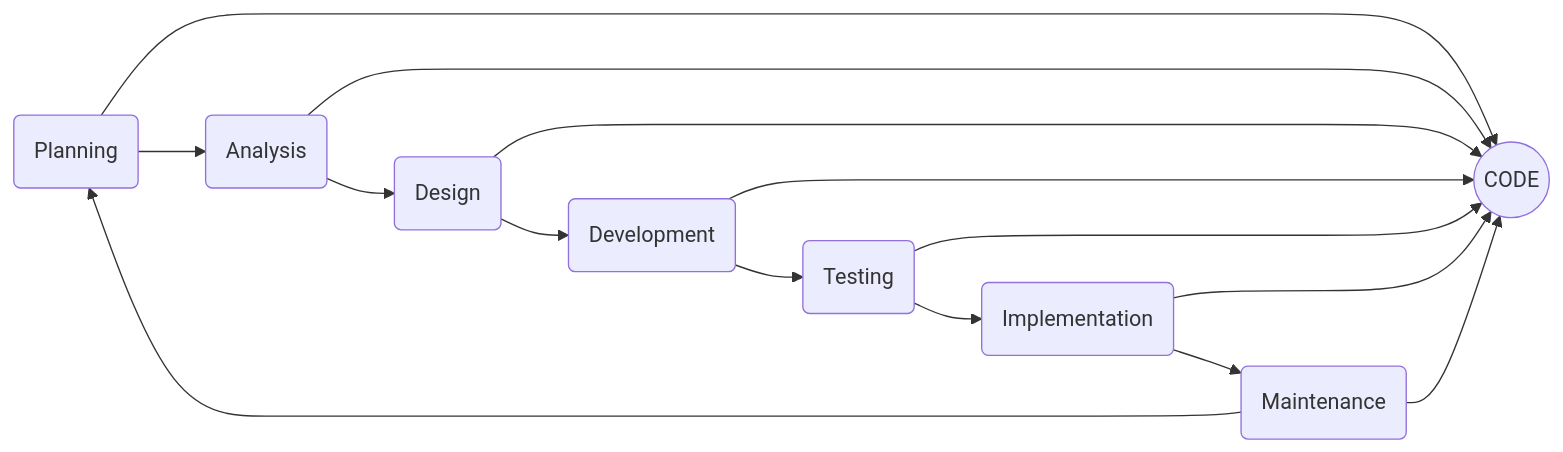
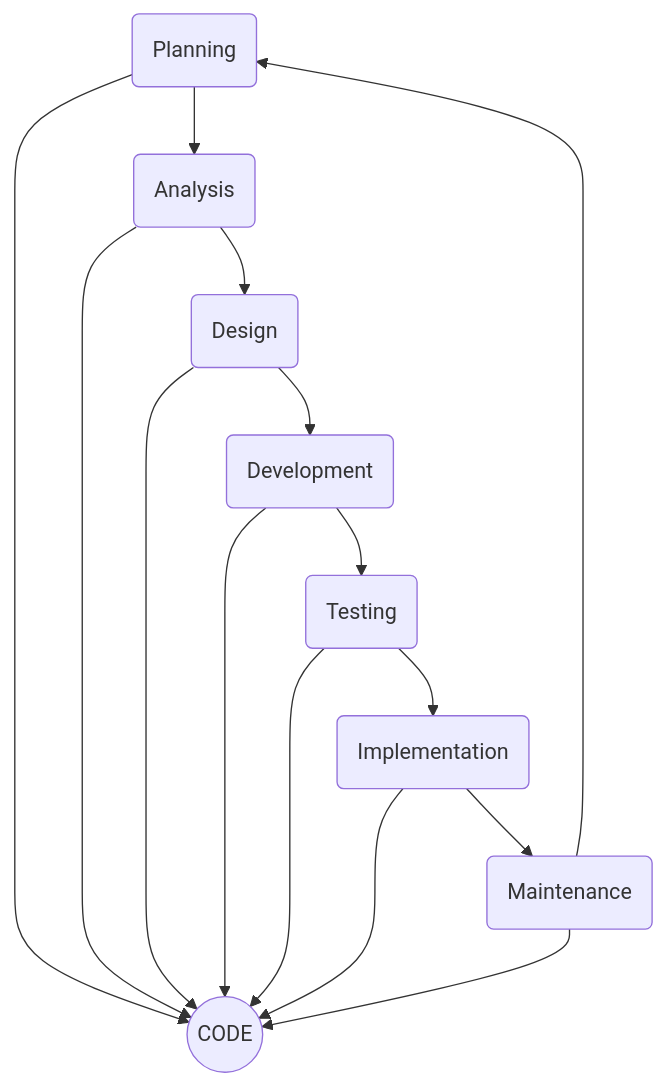
One commit to alex-mccombie/resume_readme changed the first of 2 diagrams in AlexMcCombie-Coder-README.md. Above: the diagram before and after it, drawn with Mermaid.

````diff
--- a/AlexMcCombie-Coder-README.md
+++ b/AlexMcCombie-Coder-README.md
@@ -278,19 +278,19 @@
 ```mermaid
-  graph LR;
+  graph TD;
   	classDef BLUE fill:#9f6,stroke:#333,stoke-width:2px;
 	class code BLUE
       Planning(Planning)-->code((CODE));
       Planning-->Analysis;
       Analysis(Analysis)-->code;
       Analysis-->Design;
       Design(Design)-->code;
       Design-->Development;
       Development(Development)-->code;
       Development-->Testing;
       Testing(Testing)-->code;
       Testing-->Implementation;
       Implementation(Implementation)-->code;
       Implementation-->Maintenance;
       Maintenance(Maintenance)-->code;
       Maintenance-->Planning;
 ```
````
